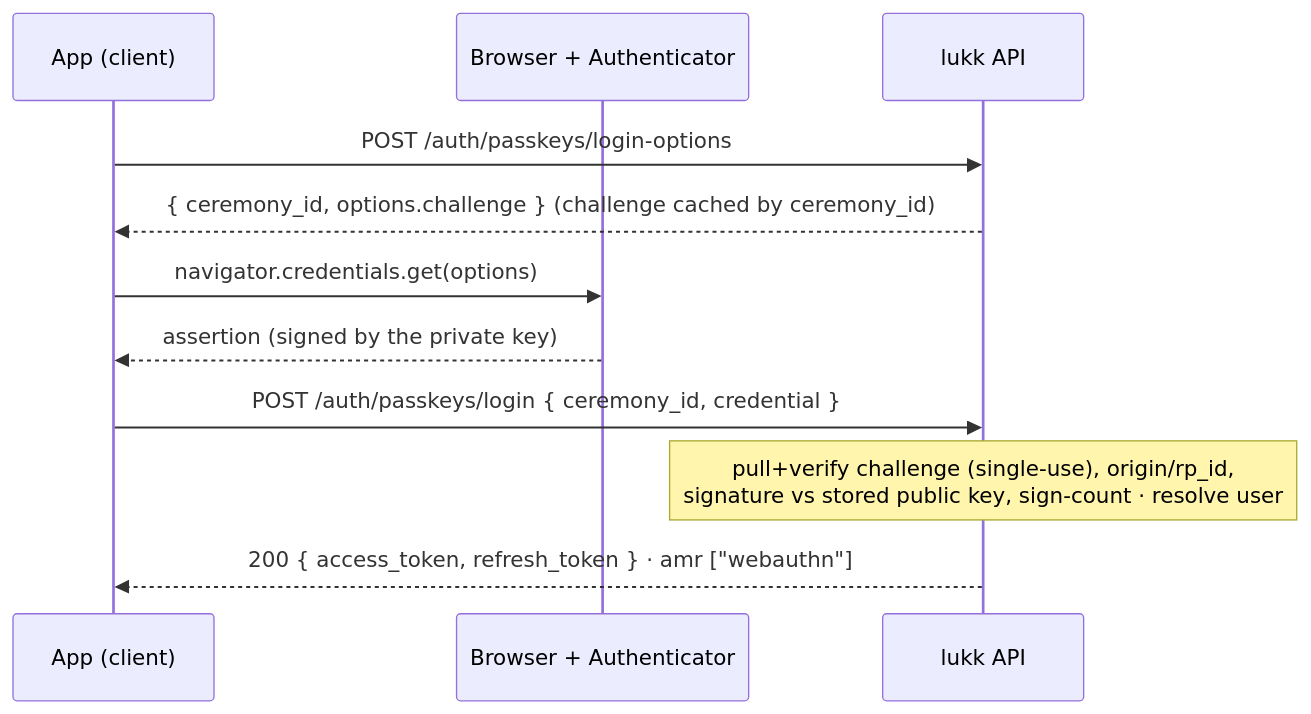
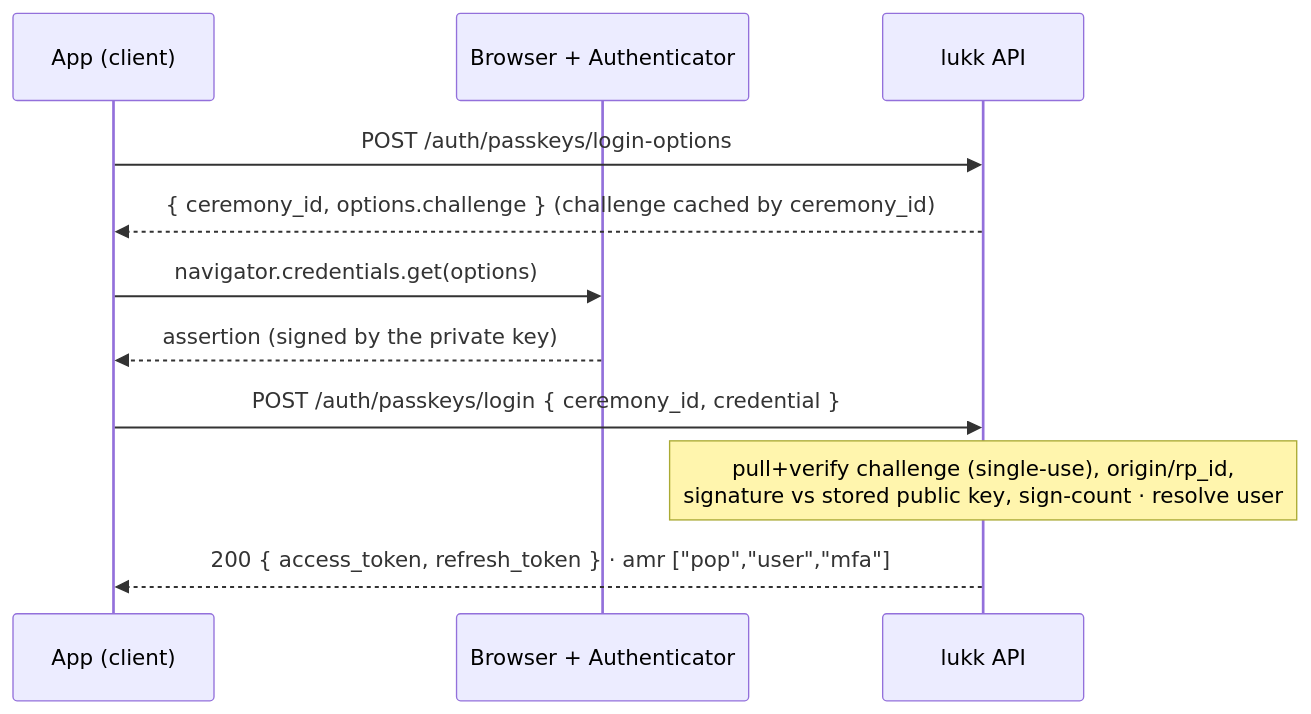
Before and after one commit to stsepelin/lukk-docs: the second of 3 diagrams in docs/passkeys.md, drawn with Mermaid. The commit also changed other lines of this file and 5 other files, not shown here.

````diff
--- a/docs/passkeys.md
+++ b/docs/passkeys.md
@@ -81,14 +84,14 @@
 ```mermaid
 sequenceDiagram
     participant App as App (client)
     participant B as Browser + Authenticator
     participant API as lukk API
 
     App->>API: POST /auth/passkeys/login-options
     API-->>App: { ceremony_id, options.challenge }  (challenge cached by ceremony_id)
     App->>B: navigator.credentials.get(options)
     B-->>App: assertion (signed by the private key)
     App->>API: POST /auth/passkeys/login { ceremony_id, credential }
     Note over API: pull+verify challenge (single-use), origin/rp_id,<br/>signature vs stored public key, sign-count · resolve user
-    API-->>App: 200 { access_token, refresh_token } · amr ["webauthn"]
+    API-->>App: 200 { access_token, refresh_token } · amr ["pop","user","mfa"]
 ```
````
